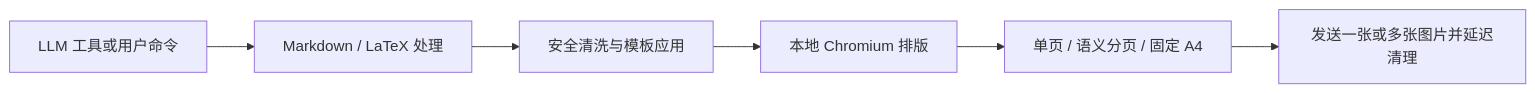
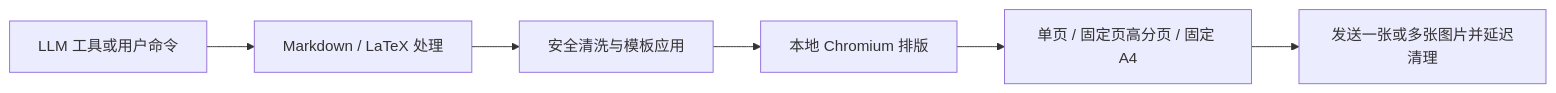
The diagram in README.md (6TBWhite/astrbot_plugin_latex_render), drawn with Mermaid before and after one commit. The commit also changed other lines of this file and 13 other files, not shown here.

````diff
--- a/README.md
+++ b/README.md
@@ -70,8 +70,8 @@
 ```mermaid
 flowchart LR
     A["LLM 工具或用户命令"] --> B["Markdown / LaTeX 处理"]
     B --> C["安全清洗与模板应用"]
     C --> D["本地 Chromium 排版"]
-    D --> E["单页 / 语义分页 / 固定 A4"]
+    D --> E["单页 / 固定页高分页 / 固定 A4"]
     E --> F["发送一张或多张图片并延迟清理"]
 ```
````
